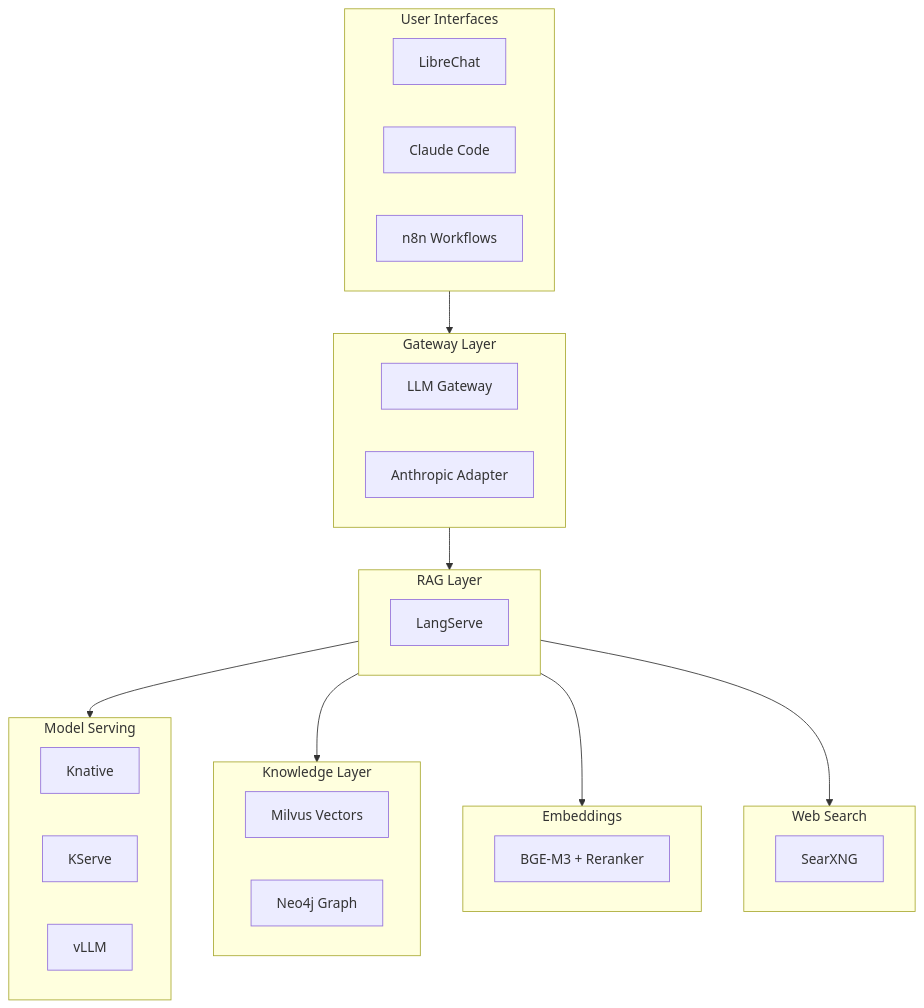
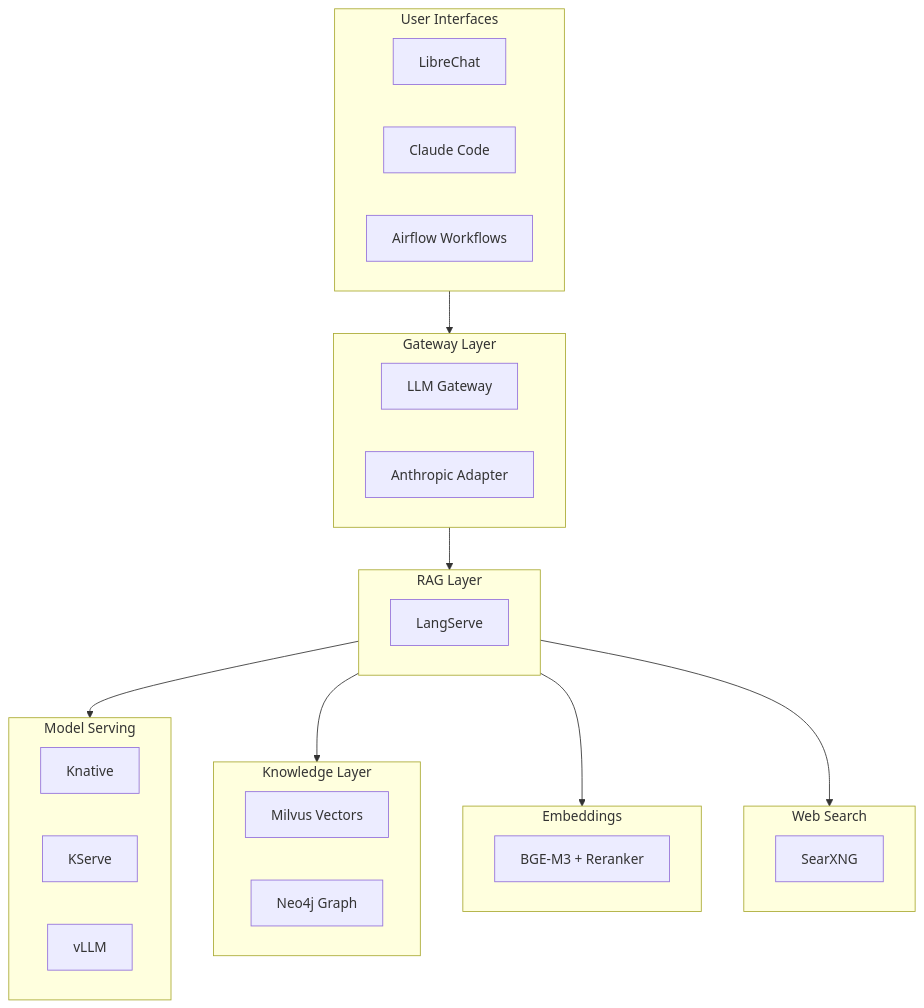
The third of 5 diagrams in docs/PLATFORM-TECH-STACK.md (openova-io/openova), drawn with Mermaid before and after one commit. The commit also changed other lines of this file and 35 other files, not shown here.

````diff
--- a/docs/PLATFORM-TECH-STACK.md
+++ b/docs/PLATFORM-TECH-STACK.md
@@ -272,43 +314,43 @@
 ```mermaid
 flowchart TB
     subgraph UI["User Interfaces"]
         LibreChat[LibreChat]
         ClaudeCode[Claude Code]
-        n8n[n8n Workflows]
+        Airflow[Airflow Workflows]
     end
 
     subgraph Gateway["Gateway Layer"]
         LLMGateway[LLM Gateway]
         Adapter[Anthropic Adapter]
     end
 
     subgraph RAG["RAG Layer"]
         LangServe[LangServe]
     end
 
     subgraph Serving["Model Serving"]
         Knative[Knative]
         KServe[KServe]
         vLLM[vLLM]
     end
 
     subgraph Knowledge["Knowledge Layer"]
         Milvus[Milvus Vectors]
         Neo4j[Neo4j Graph]
     end
 
     subgraph Embeddings["Embeddings"]
         BGE[BGE-M3 + Reranker]
     end
 
     subgraph Search["Web Search"]
         SearXNG[SearXNG]
     end
 
     UI --> Gateway
     Gateway --> RAG
     RAG --> Serving
     RAG --> Knowledge
     RAG --> Embeddings
     RAG --> Search
 ```
````
